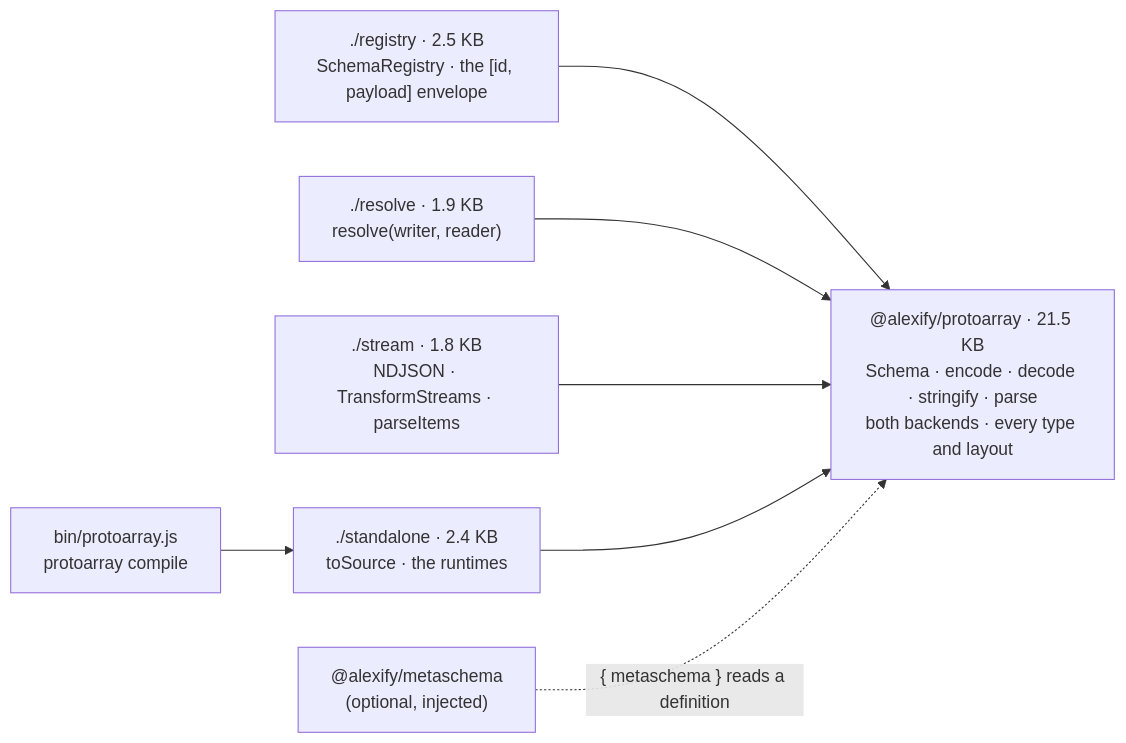
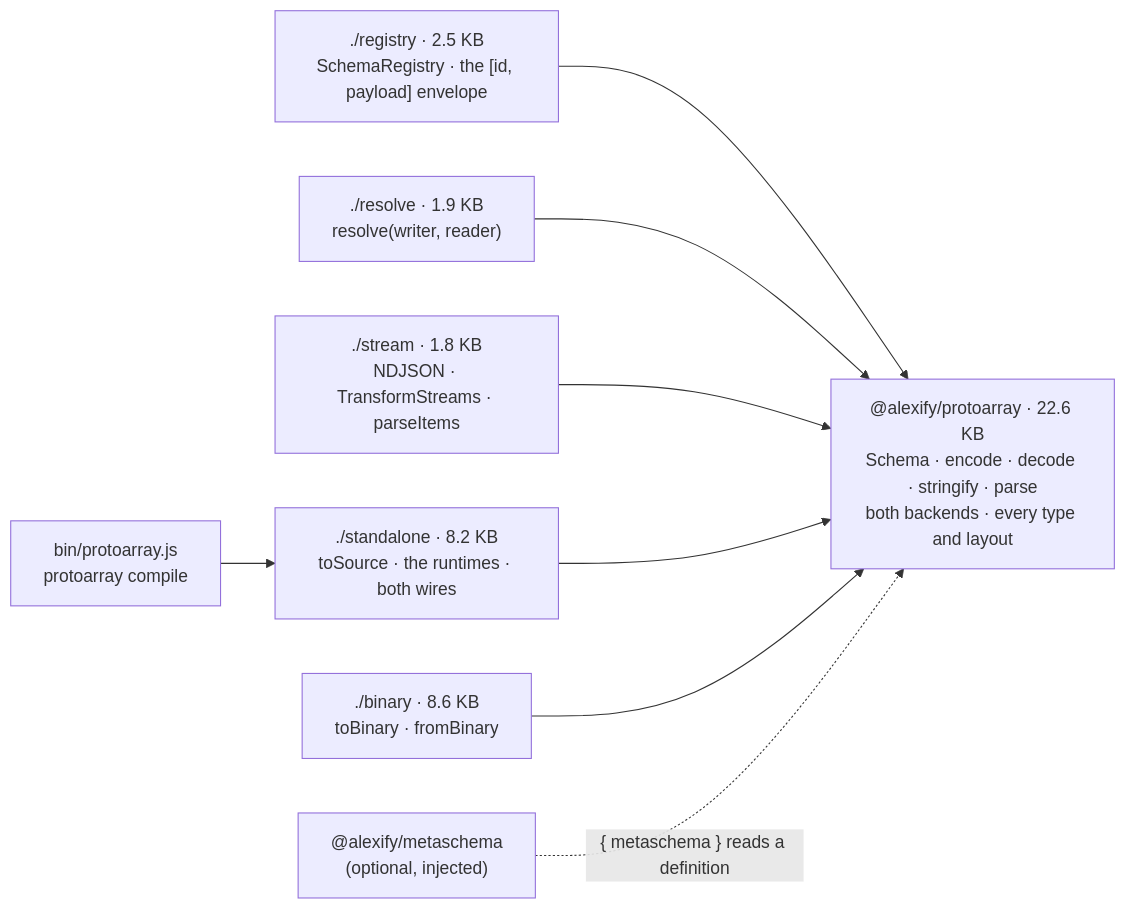
Before and after one commit to Alexis-Technologies/protoarray: the second of 8 diagrams in docs/guide/architecture.md, drawn with Mermaid. The commit also changed other lines of this file and 123 other files, not shown here.

First line of the commit message:
protoarray 2.1: the binary wire, ./evolve with protoarray check, a 64-bit fingerprint, a faster closures backend (#6)

````diff
--- a/docs/guide/architecture.md
+++ b/docs/guide/architecture.md
@@ -36,10 +36,11 @@
 ```mermaid
 flowchart LR
     REG["./registry · 2.5 KB<br/>SchemaRegistry · the [id, payload] envelope"] --> CORE
     RES["./resolve · 1.9 KB<br/>resolve(writer, reader)"] --> CORE
     STR["./stream · 1.8 KB<br/>NDJSON · TransformStreams · parseItems"] --> CORE
-    STA["./standalone · 2.4 KB<br/>toSource · the runtimes"] --> CORE
+    STA["./standalone · 8.2 KB<br/>toSource · the runtimes · both wires"] --> CORE
+    BIN["./binary · 8.6 KB<br/>toBinary · fromBinary"] --> CORE
     CLI["bin/protoarray.js<br/>protoarray compile"] --> STA
-    CORE["@alexify/protoarray · 21.5 KB<br/>Schema · encode · decode · stringify · parse<br/>both backends · every type and layout"]
+    CORE["@alexify/protoarray · 22.6 KB<br/>Schema · encode · decode · stringify · parse<br/>both backends · every type and layout"]
     MS["@alexify/metaschema<br/>(optional, injected)"] -.->|"{ metaschema } reads a definition"| CORE
 ```
````
